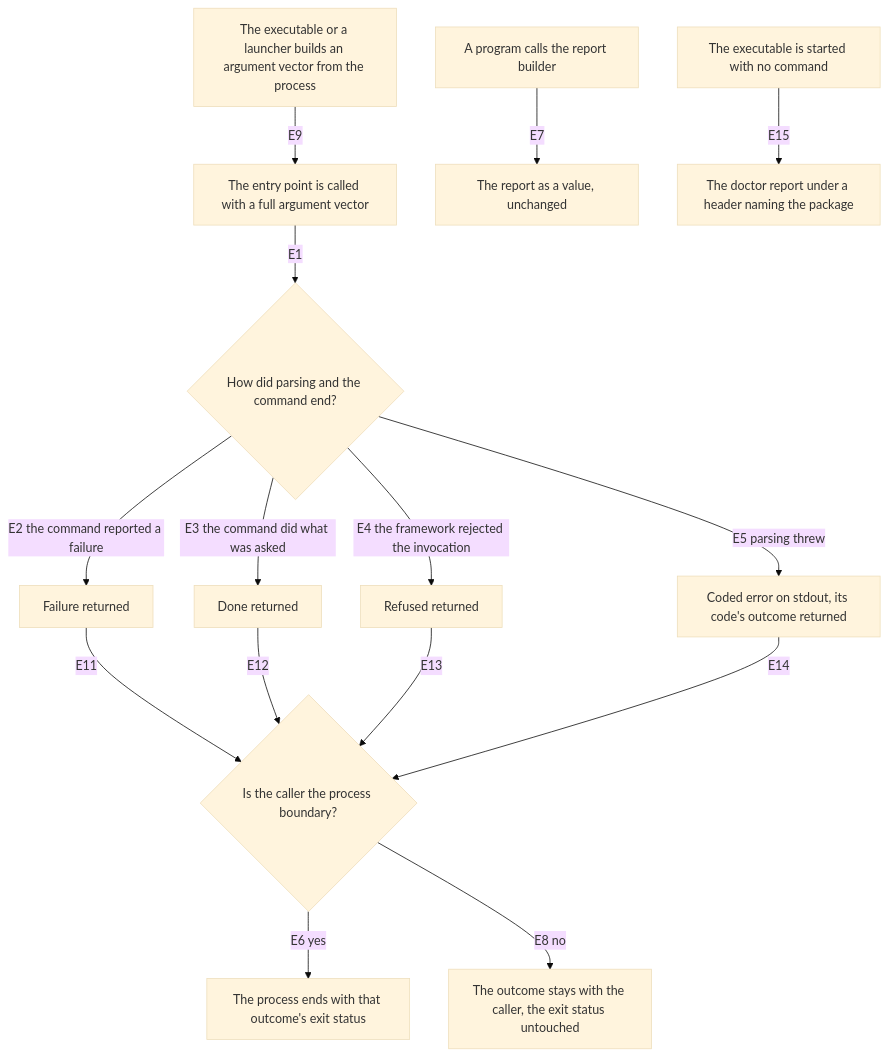
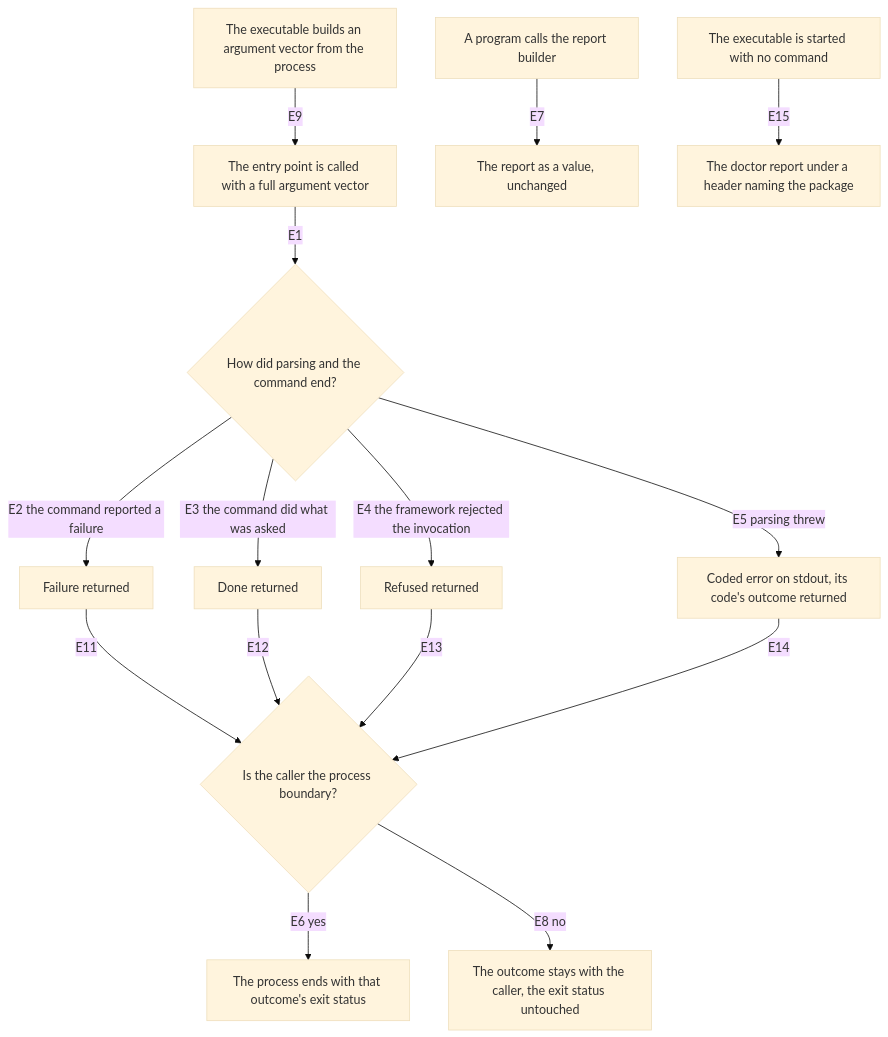
One commit to repobuddy/buddy-agent-harness changed the diagram in packages/buddy-agent-harness/.agents/spec/entry-point/graph.md. Above: the diagram before and after it, drawn with Mermaid (base theme). The commit also changed 34 other files, not shown here.

````diff
--- a/packages/buddy-agent-harness/.agents/spec/entry-point/graph.md
+++ b/packages/buddy-agent-harness/.agents/spec/entry-point/graph.md
@@ -5,17 +5,17 @@
 ```mermaid
 flowchart TD
-  A[The executable or a launcher builds an argument vector from the process] -->|E9| B
+  A[The executable builds an argument vector from the process] -->|E9| B
   B[The entry point is called with a full argument vector] -->|E1| P{How did parsing and the command end?}
   P -->|E2 the command reported a failure| O1[Failure returned]
   P -->|E3 the command did what was asked| O2[Done returned]
   P -->|E4 the framework rejected the invocation| O3[Refused returned]
   P -->|E5 parsing threw| O4[Coded error on stdout, its code's outcome returned]
   O1 -->|E11| K{Is the caller the process boundary?}
   O2 -->|E12| K
   O3 -->|E13| K
   O4 -->|E14| K
   K -->|E6 yes| O5[The process ends with that outcome's exit status]
   K -->|E8 no| O6[The outcome stays with the caller, the exit status untouched]
   RB[A program calls the report builder] -->|E7| O7[The report as a value, unchanged]
   BI[The executable is started with no command] -->|E15| O8[The doctor report under a header naming the package]
 ```
````
